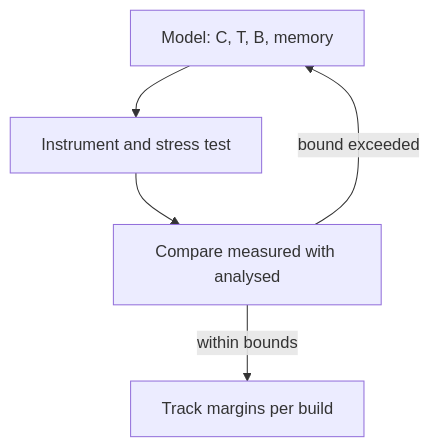
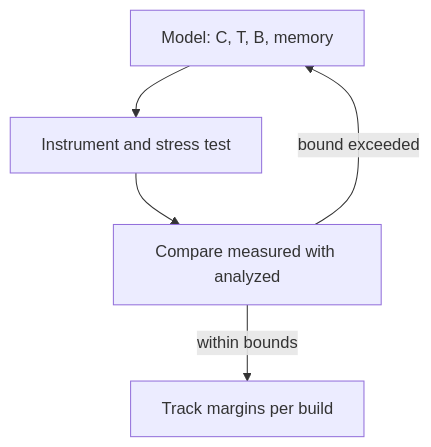
One commit to acrr-asia/acrr changed the diagram in src/content/blog/measuring-timing-latency-and-resource-use.mdx. Above: the diagram before and after it, drawn with Mermaid. The commit also changed other lines of this file and 12 other files, not shown here.

````diff
--- a/src/content/blog/measuring-timing-latency-and-resource-use.mdx
+++ b/src/content/blog/measuring-timing-latency-and-resource-use.mdx
@@ -392,7 +392,7 @@
 ```mermaid
 flowchart TB
     A["Model: C, T, B, memory"] --> I["Instrument and stress test"]
-    I --> M["Compare measured with analysed"]
+    I --> M["Compare measured with analyzed"]
     M -->|"bound exceeded"| A
     M -->|"within bounds"| K["Track margins per build"]
 ```
````
